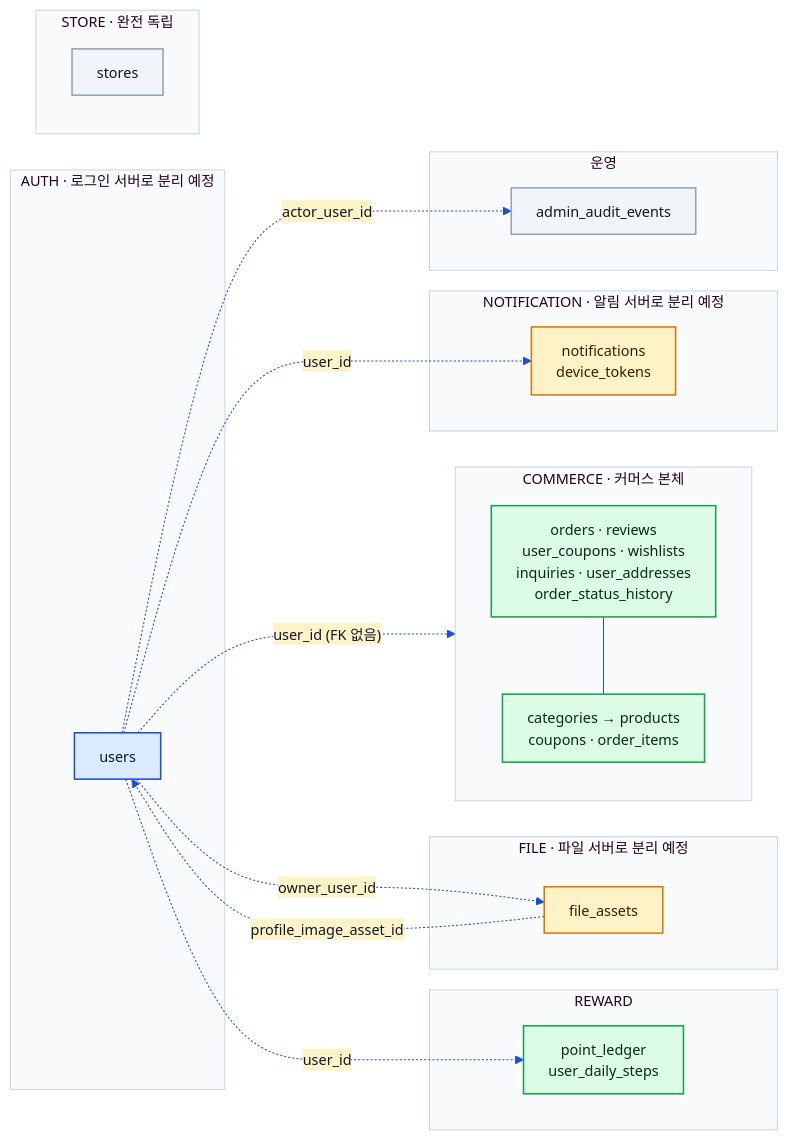
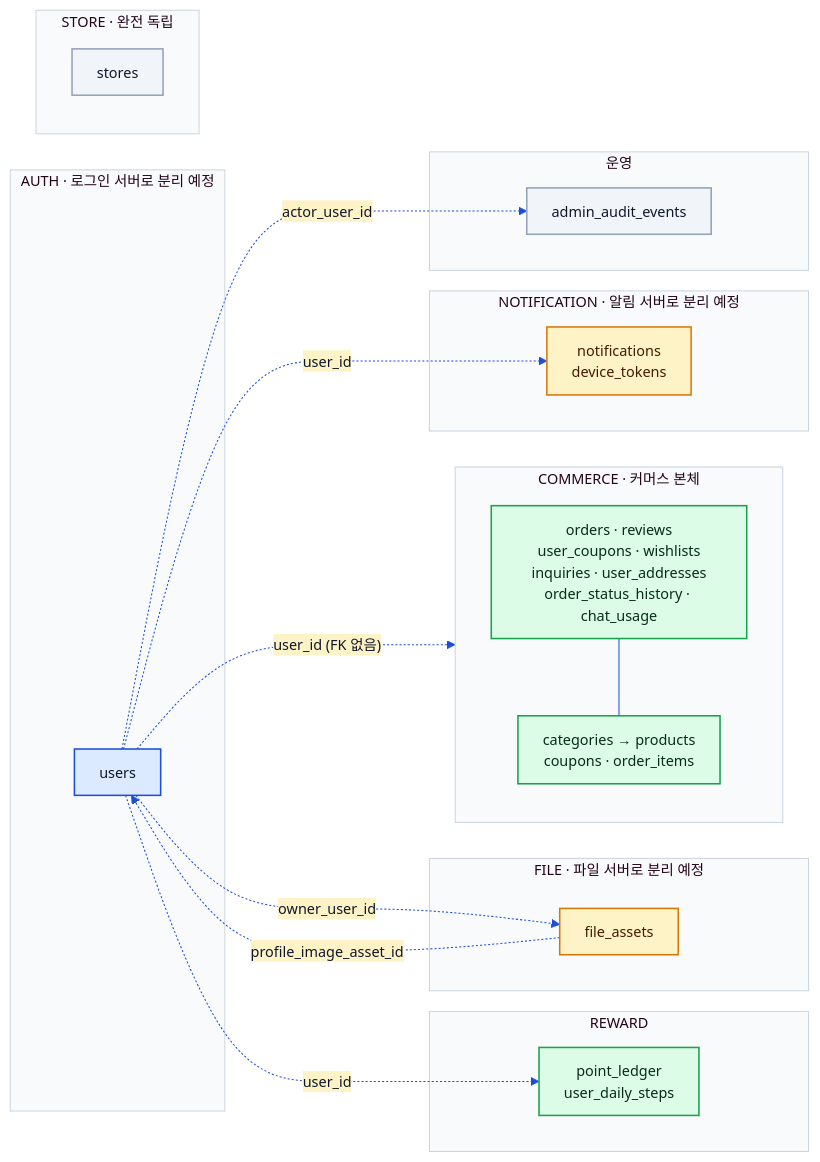
The second of 2 diagrams in docs/architecture/02-data-model-erd.md (s-work-agency/ssw-e-commerce-demo-public), drawn with Mermaid before and after one commit. The commit also changed other lines of this file and 30 other files, not shown here.

Commit message:
docs: 다이어그램 SVG 폐지·mermaid 일원화 및 구성도·ERD 최신화

````diff
--- a/docs/architecture/02-data-model-erd.md
+++ b/docs/architecture/02-data-model-erd.md
@@ -281,51 +289,51 @@
 ```mermaid
 %%{init: {"theme":"base","fontFamily":"Pretendard, Malgun Gothic, sans-serif","themeVariables":{"fontSize":"14px","primaryColor":"#DBEAFE","primaryBorderColor":"#1D4ED8","primaryTextColor":"#0F172A","lineColor":"#1D4ED8","secondaryColor":"#FEF3C7","tertiaryColor":"#DCFCE7","clusterBkg":"#F8FAFC","clusterBorder":"#CBD5E1","noteBkgColor":"#FEF3C7","noteBorderColor":"#D97706","actorBkg":"#DBEAFE","actorBorder":"#1D4ED8","actorTextColor":"#0F172A","signalColor":"#1D4ED8","signalTextColor":"#0F172A","labelBoxBkgColor":"#DBEAFE","labelBoxBorderColor":"#1D4ED8","altSectionBkgColor":"#F8FAFC"},"flowchart":{"curve":"basis","htmlLabels":true,"padding":12}}}%%
 %% 공통 브랜드 테마 — architecture/*.md 전 다이어그램에 동일한 init 블록이 들어간다. 색을 바꿀 때는 이 폴더 전 파일을 일괄 치환할 것.
 flowchart LR
     subgraph auth["AUTH · 로그인 서버로 분리 예정"]
         users["users"]
     end
 
     subgraph commerce["COMMERCE · 커머스 본체"]
         direction TB
-        cOrders["orders · reviews<br/>user_coupons · wishlists<br/>inquiries · user_addresses<br/>order_status_history"]
+        cOrders["orders · reviews<br/>user_coupons · wishlists<br/>inquiries · user_addresses<br/>order_status_history · chat_usage"]
         cCore["categories → products<br/>coupons · order_items"]
     end
 
     subgraph reward["REWARD"]
         ledger["point_ledger<br/>user_daily_steps"]
     end
 
     subgraph file["FILE · 파일 서버로 분리 예정"]
         assets["file_assets"]
     end
 
     subgraph noti["NOTIFICATION · 알림 서버로 분리 예정"]
         notis["notifications<br/>device_tokens"]
     end
 
     subgraph ops["운영"]
         audit["admin_audit_events"]
     end
 
     subgraph store["STORE · 완전 독립"]
         stores["stores"]
     end
 
     users -. "user_id (FK 없음)" .-> cOrders
     users -. "user_id" .-> ledger
     users -. "owner_user_id" .-> assets
     users -. "user_id" .-> notis
     users -. "actor_user_id" .-> audit
     assets -. "profile_image_asset_id" .-> users
     cOrders --- cCore
 
     classDef ctxAuth fill:#DBEAFE,stroke:#1D4ED8,stroke-width:1.5px,color:#0F172A
     classDef ctxCore fill:#DCFCE7,stroke:#16A34A,stroke-width:1.5px,color:#052E16
     classDef ctxSplit fill:#FEF3C7,stroke:#D97706,stroke-width:1.5px,color:#451A03
     classDef ctxIndep fill:#F1F5F9,stroke:#94A3B8,stroke-width:1.5px,color:#0F172A
     class users ctxAuth
     class cOrders,cCore,ledger ctxCore
     class assets,notis ctxSplit
     class stores,audit ctxIndep
 ```
````
